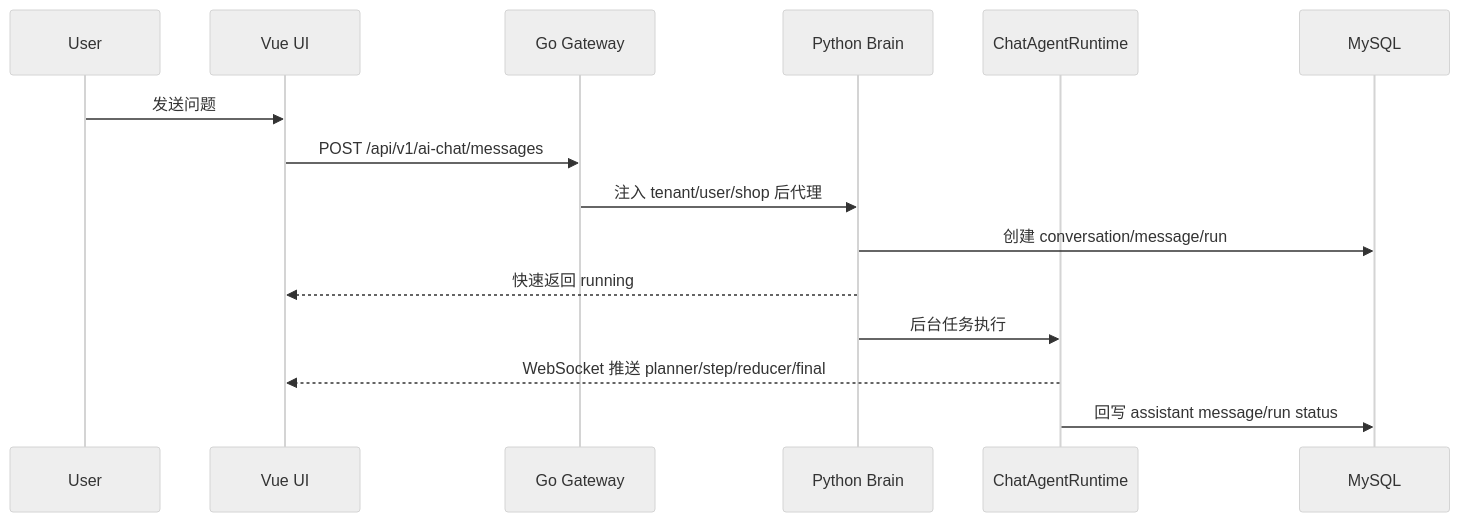
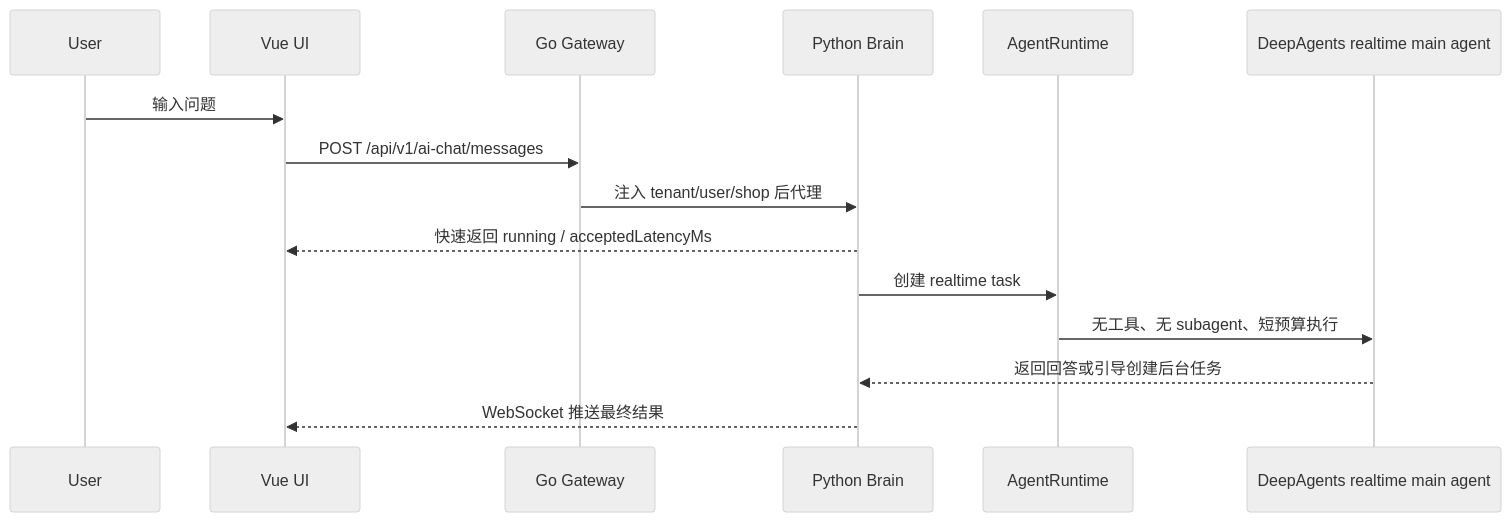
Before and after one commit to lbk119/EcommerceAgent: the second of 3 diagrams in README.md, drawn with Mermaid (neutral theme). The commit also changed other lines of this file and 164 other files, not shown here.

Commit message:
Refactor agent architecture and update README

````diff
--- a/README.md
+++ b/README.md
@@ -44,18 +63,18 @@
 ```mermaid
 sequenceDiagram
-  participant U as User
+  participant User as User
   participant UI as Vue UI
   participant GW as Go Gateway
-  participant B as Python Brain
-  participant A as ChatAgentRuntime
-  participant M as MySQL
+  participant API as Python Brain
+  participant RT as AgentRuntime
+  participant Agent as DeepAgents realtime main agent
 
-  U->>UI: 发送问题
+  User->>UI: 输入问题
   UI->>GW: POST /api/v1/ai-chat/messages
-  GW->>B: 注入 tenant/user/shop 后代理
-  B->>M: 创建 conversation/message/run
-  B-->>UI: 快速返回 running
-  B->>A: 后台任务执行
-  A-->>UI: WebSocket 推送 planner/step/reducer/final
-  A->>M: 回写 assistant message/run status
+  GW->>API: 注入 tenant/user/shop 后代理
+  API-->>UI: 快速返回 running / acceptedLatencyMs
+  API->>RT: 创建 realtime task
+  RT->>Agent: 无工具、无 subagent、短预算执行
+  Agent-->>API: 返回回答或引导创建后台任务
+  API-->>UI: WebSocket 推送最终结果
 ```
````
